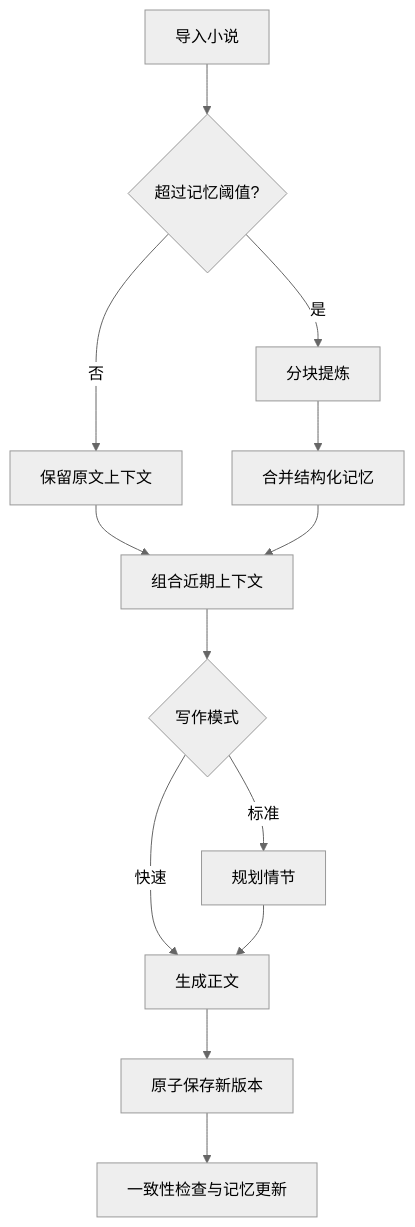
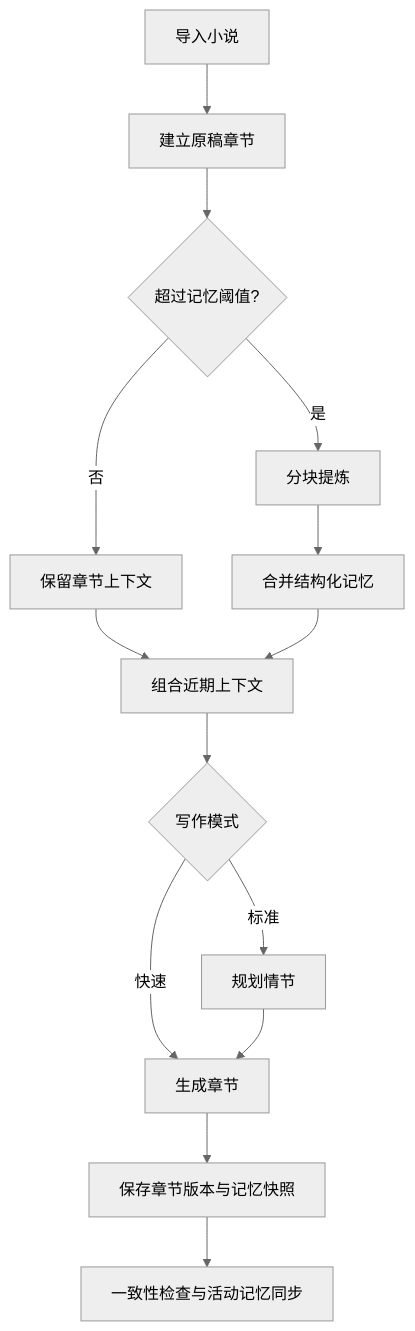
Before and after one commit to HLHSM/HLNovel_Writing_Agent: the diagram in README.md, drawn with Mermaid (neutral theme). The commit also changed other lines of this file and 8 other files, not shown here.

````diff
--- a/README.md
+++ b/README.md
@@ -24,15 +26,16 @@
 ```mermaid
 flowchart TD
-    A[导入小说] --> B{超过记忆阈值?}
-    B -- 否 --> C[保留原文上下文]
-    B -- 是 --> D[分块提炼]
-    D --> E[合并结构化记忆]
-    C --> F[组合近期上下文]
-    E --> F
-    F --> G{写作模式}
-    G -- 快速 --> I[生成正文]
-    G -- 标准 --> H[规划情节]
-    H --> I
-    I --> J[原子保存新版本]
-    J --> K[一致性检查与记忆更新]
+    A[导入小说] --> B[建立原稿章节]
+    B --> C{超过记忆阈值?}
+    C -- 否 --> D[保留章节上下文]
+    C -- 是 --> E[分块提炼]
+    E --> F[合并结构化记忆]
+    D --> G[组合近期上下文]
+    F --> G
+    G --> H{写作模式}
+    H -- 快速 --> J[生成章节]
+    H -- 标准 --> I[规划情节]
+    I --> J
+    J --> K[保存章节版本与记忆快照]
+    K --> L[一致性检查与活动记忆同步]
 ```
````
